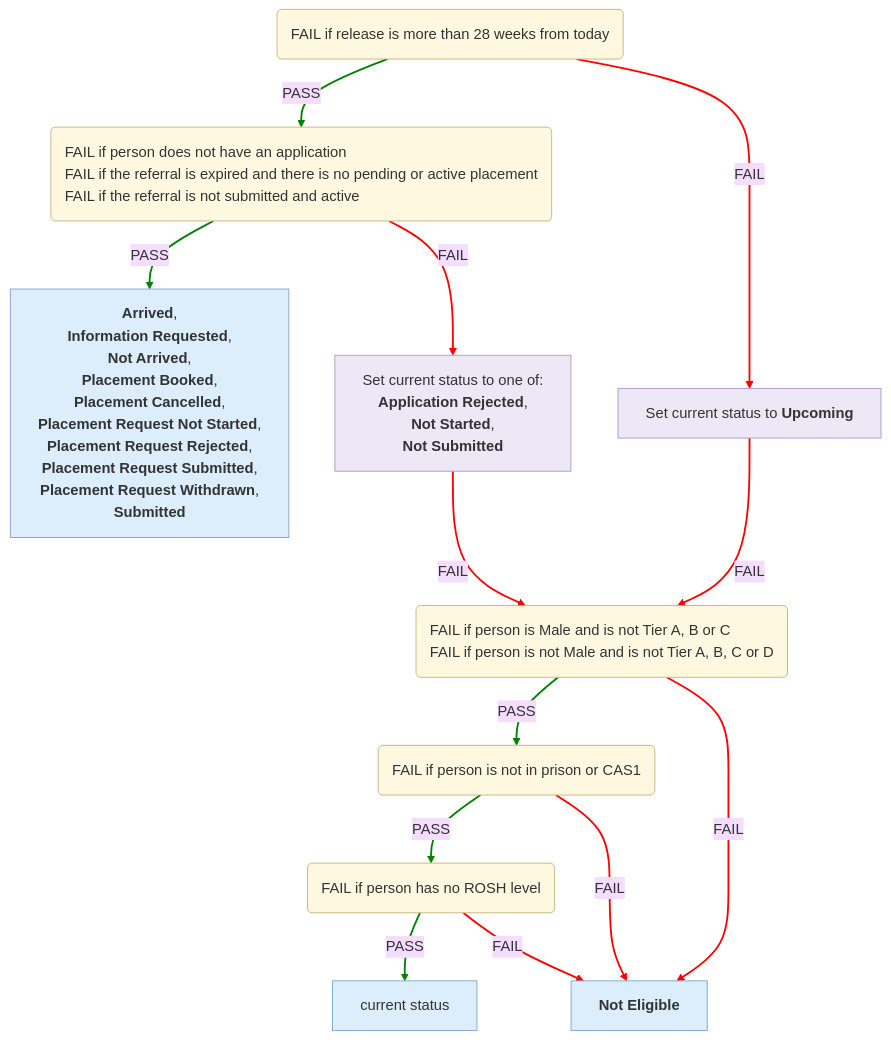
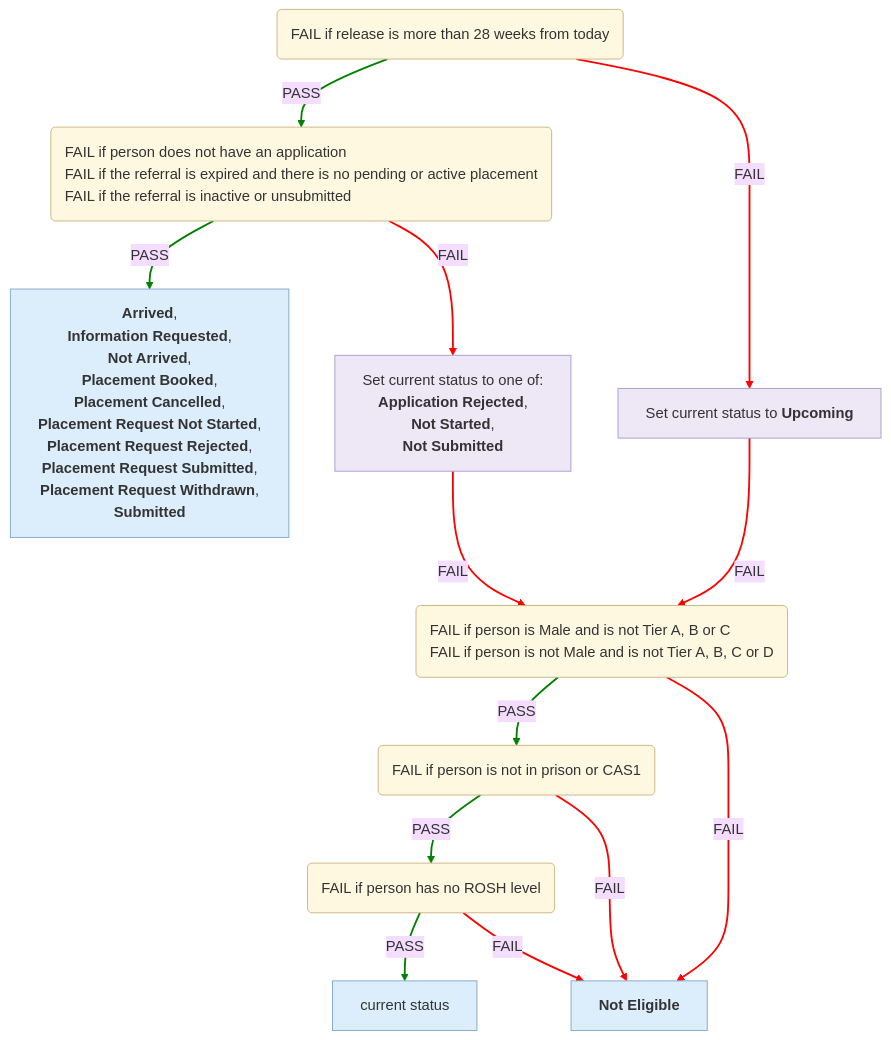
Before and after one commit to ministryofjustice/hmpps-single-accommodation-service-api: the first of 6 diagrams in docs/eligibility-rules-graph.md, drawn with Mermaid (base theme). The commit also changed other lines of this file and 11 other files, not shown here.

````diff
--- a/docs/eligibility-rules-graph.md
+++ b/docs/eligibility-rules-graph.md
@@ -9,49 +9,49 @@
 ```mermaid
 %%{init: {"flowchart": {"wrappingWidth": 800}}}%%
 flowchart TD
   Release_Within_28_Weeks("<div style='text-align:left'>FAIL if release is more than 28 weeks from today</div>")
   CAS1_Referral("<div style='text-align:left'>FAIL if person does not have an application
 FAIL if the referral is expired and there is no pending or active placement
-FAIL if the referral is not submitted and active</div>")
+FAIL if the referral is inactive or unsubmitted</div>")
   outcome_Cas1ActiveContextUpdater["<b>Arrived</b>,
  <b>Information Requested</b>,
  <b>Not Arrived</b>,
  <b>Placement Booked</b>,
  <b>Placement Cancelled</b>,
  <b>Placement Request Not Started</b>,
  <b>Placement Request Rejected</b>,
  <b>Placement Request Submitted</b>,
  <b>Placement Request Withdrawn</b>,
  <b>Submitted</b>"]
   updater_Cas1StartContextUpdater["Set current status to one of:
 <b>Application Rejected</b>,
  <b>Not Started</b>,
  <b>Not Submitted</b>"]
   Tier_Eligible_For_CAS1("<div style='text-align:left'>FAIL if person is Male and is not Tier A, B or C
 FAIL if person is not Male and is not Tier A, B, C or D</div>")
   Current_Accommodation_Eligible_For_CAS1("<div style='text-align:left'>FAIL if person is not in prison or CAS1</div>")
   ROSH_Eligible("<div style='text-align:left'>FAIL if person has no ROSH level</div>")
   confirmed["current status"]
   CAS1_NOT_ELIGIBLE["<b>Not Eligible</b>"]
   updater_Cas1UpcomingContextUpdater["Set current status to <b>Upcoming</b>"]
   CAS1_Referral -->|PASS| outcome_Cas1ActiveContextUpdater
   CAS1_Referral -->|FAIL| updater_Cas1StartContextUpdater
   ROSH_Eligible -->|PASS| confirmed
   ROSH_Eligible -->|FAIL| CAS1_NOT_ELIGIBLE
   Current_Accommodation_Eligible_For_CAS1 -->|PASS| ROSH_Eligible
   Current_Accommodation_Eligible_For_CAS1 -->|FAIL| CAS1_NOT_ELIGIBLE
   Tier_Eligible_For_CAS1 -->|PASS| Current_Accommodation_Eligible_For_CAS1
   Tier_Eligible_For_CAS1 -->|FAIL| CAS1_NOT_ELIGIBLE
   updater_Cas1StartContextUpdater -->|FAIL| Tier_Eligible_For_CAS1
   Release_Within_28_Weeks -->|PASS| CAS1_Referral
   Release_Within_28_Weeks -->|FAIL| updater_Cas1UpcomingContextUpdater
   updater_Cas1UpcomingContextUpdater -->|FAIL| Tier_Eligible_For_CAS1
   linkStyle 0,2,4,6,9 stroke:green,stroke-width:2px
   linkStyle 1,3,5,7,8,10,11 stroke:red,stroke-width:2px
   classDef ruleSetNode fill:#FFF8E1,stroke:#C9B37E,color:#333
   classDef outcomeNode fill:#DCEEFB,stroke:#7FA7C9,color:#333
   classDef updaterNode fill:#EDE7F6,stroke:#A99BC9,color:#333
   class Release_Within_28_Weeks,CAS1_Referral,Tier_Eligible_For_CAS1,Current_Accommodation_Eligible_For_CAS1,ROSH_Eligible ruleSetNode
   class outcome_Cas1ActiveContextUpdater,confirmed,CAS1_NOT_ELIGIBLE outcomeNode
   class updater_Cas1StartContextUpdater,updater_Cas1UpcomingContextUpdater updaterNode
 ```
````
